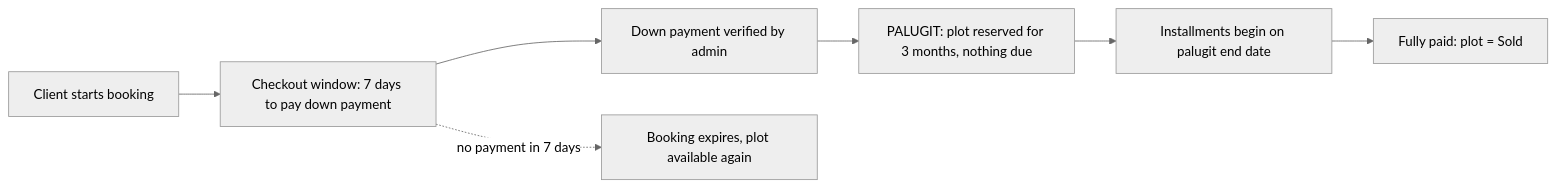
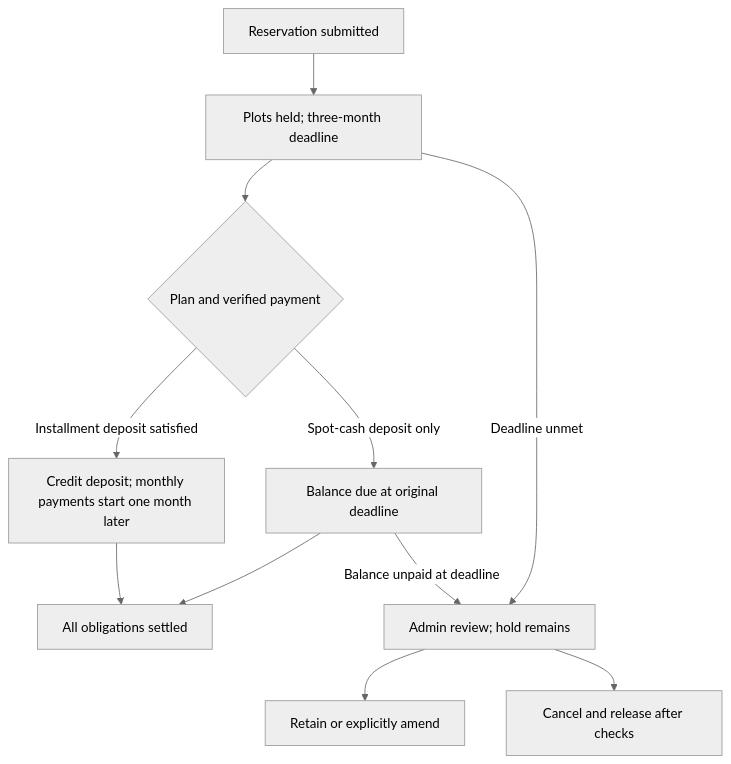
One commit to aleksworkonly-sudo/Golden-harmonic-memorial-park changed the diagram in payment-feature-blueprint.md. Above: the diagram before and after it, drawn with Mermaid (neutral theme). The commit also changed other lines of this file and 11 other files, not shown here.

````diff
--- a/payment-feature-blueprint.md
+++ b/payment-feature-blueprint.md
@@ -122,9 +228,13 @@
 ```mermaid
-flowchart LR
-    A[Client starts booking] --> B[Checkout window: 7 days to pay down payment]
-    B --> C[Down payment verified by admin]
-    C --> D[PALUGIT: plot reserved for 3 months, nothing due]
-    D --> E[Installments begin on palugit end date]
-    E --> F[Fully paid: plot = Sold]
-    B -. no payment in 7 days .-> X[Booking expires, plot available again]
+flowchart TD
+    A[Reservation submitted] --> B[Plots held; three-month deadline]
+    B --> C{Plan and verified payment}
+    C -->|Installment deposit satisfied| D[Credit deposit; monthly payments start one month later]
+    C -->|Spot-cash deposit only| E[Balance due at original deadline]
+    D --> F[All obligations settled]
+    E --> F
+    B -->|Deadline unmet| G[Admin review; hold remains]
+    E -->|Balance unpaid at deadline| G
+    G --> H[Retain or explicitly amend]
+    G --> I[Cancel and release after checks]
 ```
````
